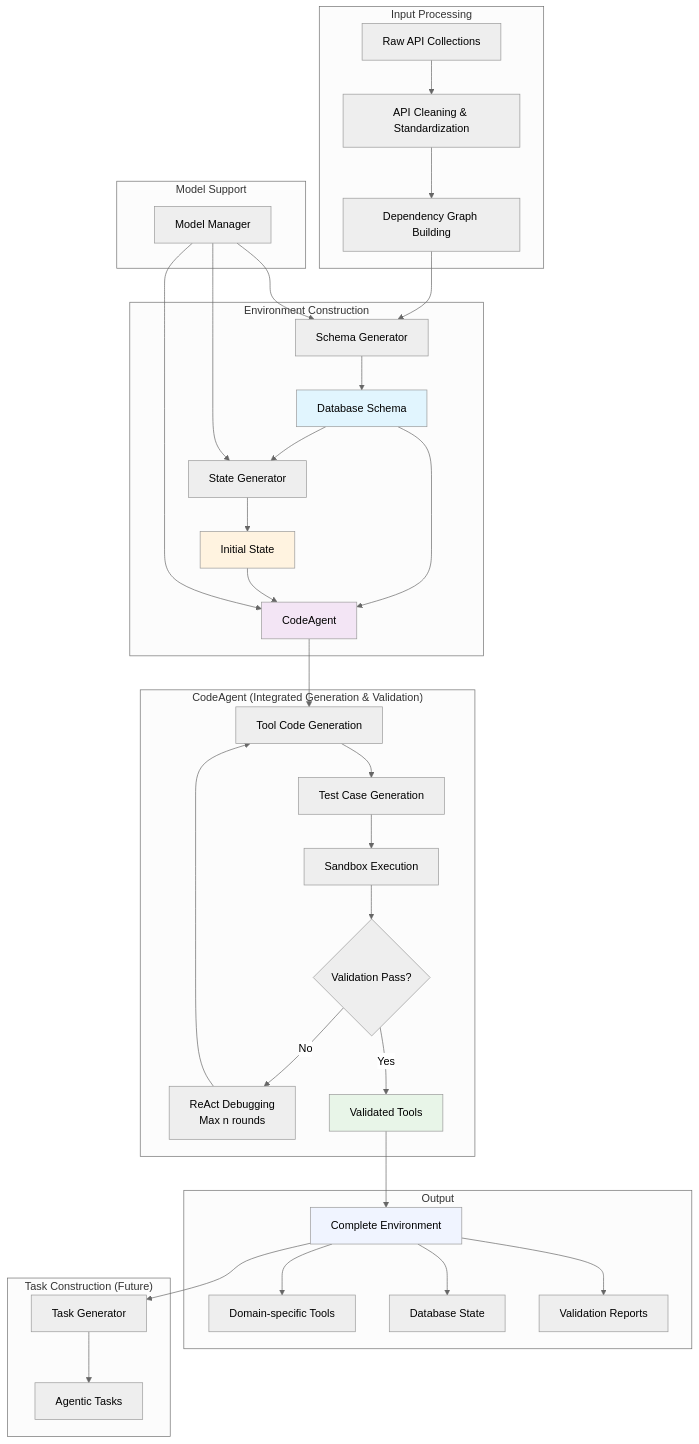
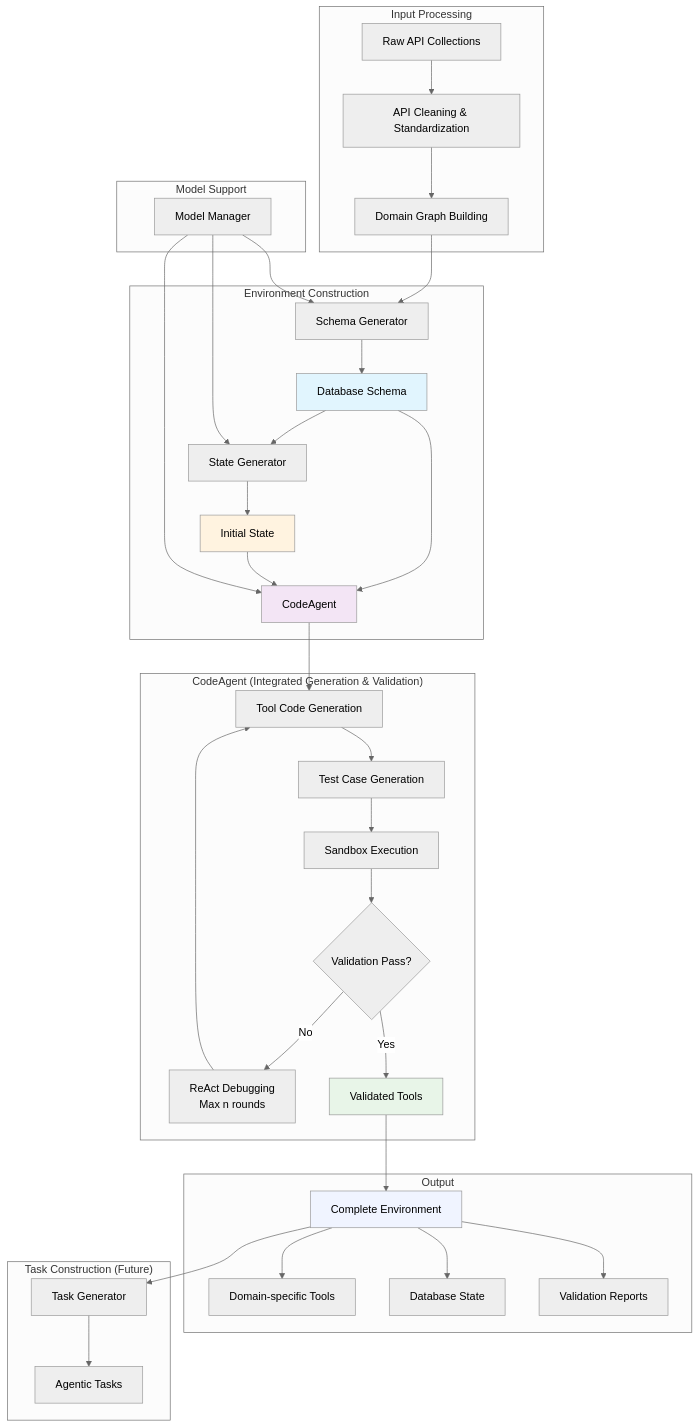
One commit to zuoyifan132/worldInteract changed the diagram in README.md. Above: the diagram before and after it, drawn with Mermaid (neutral theme). The commit also changed other lines of this file and 13 other files, not shown here.

Commit message:
reconstruct dependency graph to domain graph

````diff
--- a/README.md
+++ b/README.md
@@ -11,50 +11,50 @@
 ```mermaid
 graph TB
     subgraph "Input Processing"
         A[Raw API Collections] --> B[API Cleaning & Standardization]
-        B --> C[Dependency Graph Building]
+        B --> C[Domain Graph Building]
     end
     
     subgraph "Environment Construction"
         C --> D[Schema Generator]
         D --> E[Database Schema]
         E --> F[State Generator]
         F --> G[Initial State]
         E --> H[CodeAgent]
         G --> H
     end
     
     subgraph "CodeAgent (Integrated Generation & Validation)"
         H --> I[Tool Code Generation]
         I --> J[Test Case Generation]
         J --> K[Sandbox Execution]
         K --> L{Validation Pass?}
         L -->|No| M[ReAct Debugging<br/>Max n rounds]
         M --> I
         L -->|Yes| N[Validated Tools]
     end
     
     subgraph "Output"
         N --> O[Complete Environment]
         O --> P[Domain-specific Tools]
         O --> Q[Database State]
         O --> R[Validation Reports]
     end
     
     subgraph "Task Construction (Future)"
         O --> S[Task Generator]
         S --> T[Agentic Tasks]
     end
     
     subgraph "Model Support"
         U[Model Manager] --> D
         U --> F
         U --> H
     end
     
     style E fill:#e1f5fe
     style G fill:#fff3e0
     style H fill:#f3e5f5
     style N fill:#e8f5e8
     style O fill:#f0f4ff
 ```
````
